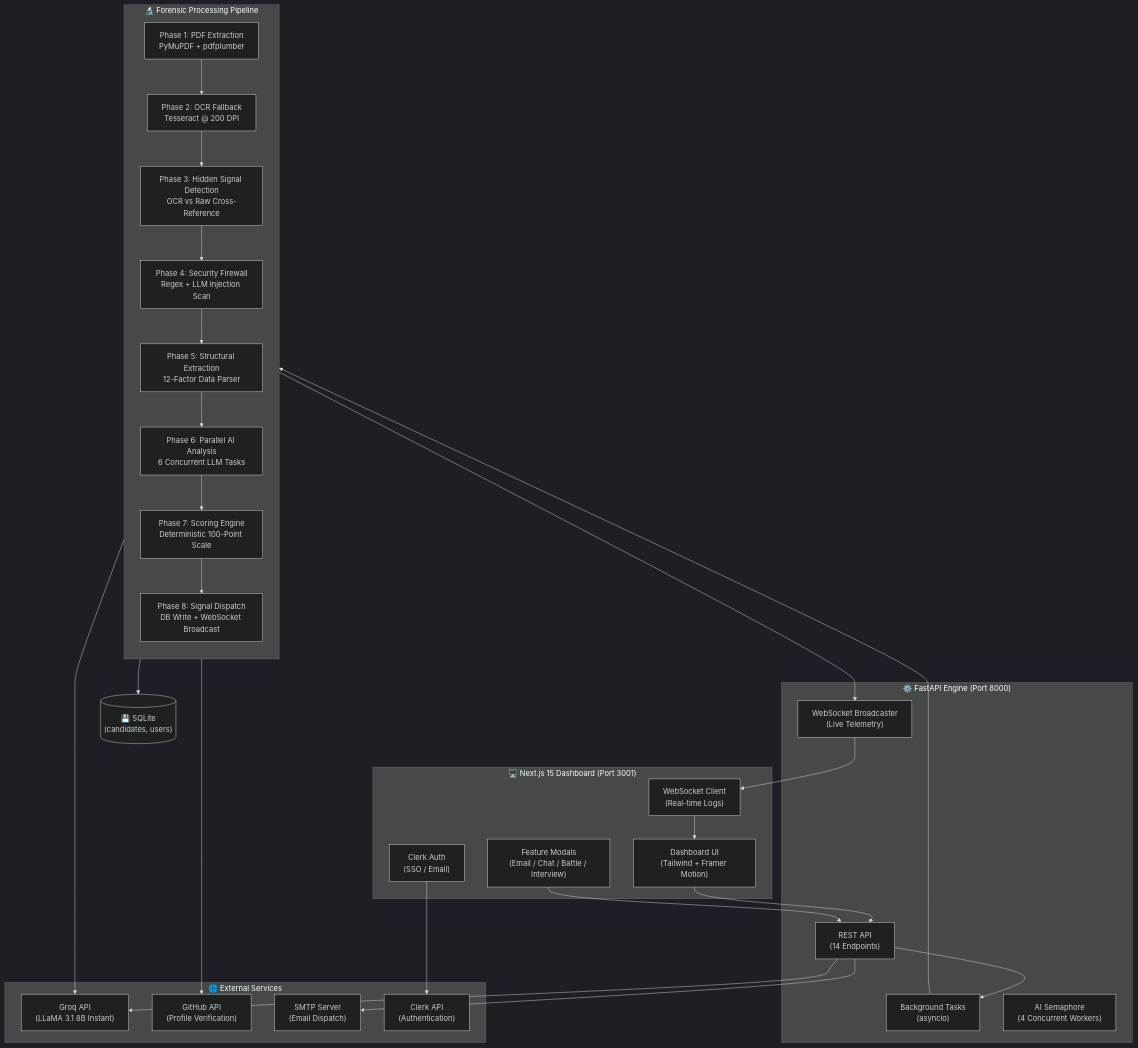
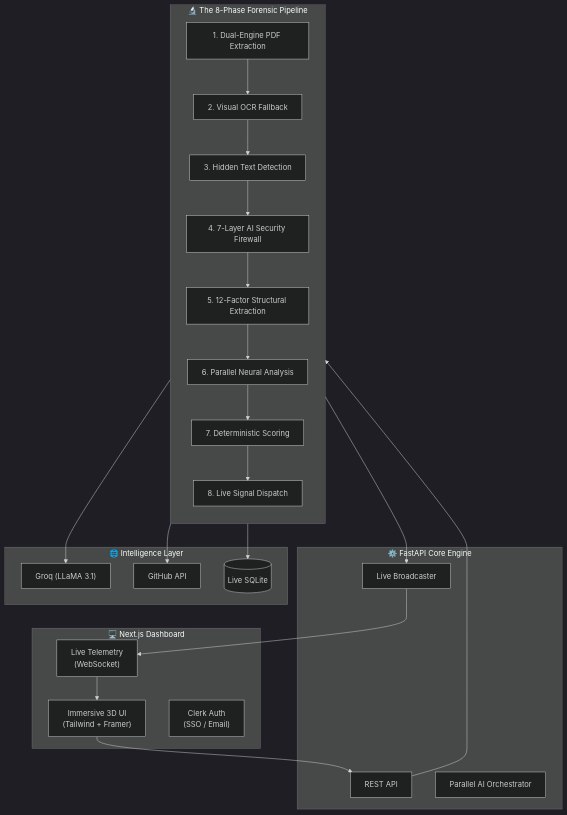
The diagram in README.md (shashank-tomar0/RankSense-AI), drawn with Mermaid (dark theme) before and after one commit. The commit also changed other lines of this file and 7 other files, not shown here.

````diff
--- a/README.md
+++ b/README.md
@@ -20,58 +20,48 @@
 ```mermaid
 graph TD
-    subgraph FRONTEND ["🖥️ Next.js 15 Dashboard (Port 3001)"]
-        UI["Dashboard UI<br/>(Tailwind + Framer Motion)"]
+    subgraph FRONTEND ["🖥️ Next.js Dashboard"]
+        UI["Immersive 3D UI<br/>(Tailwind + Framer)"]
         AUTH["Clerk Auth<br/>(SSO / Email)"]
-        WS_CLIENT["WebSocket Client<br/>(Real-time Logs)"]
-        MODALS["Feature Modals<br/>(Email / Chat / Battle / Interview)"]
+        WS_CLIENT["Live Telemetry<br/>(WebSocket)"]
     end
 
-    subgraph BACKEND ["⚙️ FastAPI Engine (Port 8000)"]
-        API["REST API<br/>(14 Endpoints)"]
-        BG["Background Tasks<br/>(asyncio)"]
-        WSB["WebSocket Broadcaster<br/>(Live Telemetry)"]
-        SEM["AI Semaphore<br/>(4 Concurrent Workers)"]
+    subgraph BACKEND ["⚙️ FastAPI Core Engine"]
+        API["REST API"]
+        WSB["Live Broadcaster"]
+        SEM["Parallel AI Orchestrator"]
     end
 
-    subgraph PIPELINE ["🔬 Forensic Processing Pipeline"]
+    subgraph PIPELINE ["🔬 The 8-Phase Forensic Pipeline"]
         direction TB
-        P1["Phase 1: PDF Extraction<br/>PyMuPDF + pdfplumber"]
-        P2["Phase 2: OCR Fallback<br/>Tesseract @ 200 DPI"]
-        P3["Phase 3: Hidden Signal Detection<br/>OCR vs Raw Cross-Reference"]
-        P4["Phase 4: Security Firewall<br/>Regex + LLM Injection Scan"]
-        P5["Phase 5: Structural Extraction<br/>12-Factor Data Parser"]
-        P6["Phase 6: Parallel AI Analysis<br/>6 Concurrent LLM Tasks"]
-        P7["Phase 7: Scoring Engine<br/>Deterministic 100-Point Scale"]
-        P8["Phase 8: Signal Dispatch<br/>DB Write + WebSocket Broadcast"]
+        P1["1. Dual-Engine PDF Extraction"]
+        P2["2. Visual OCR Fallback"]
+        P3["3. Hidden Text Detection"]
+        P4["4. 7-Layer AI Security Firewall"]
+        P5["5. 12-Factor Structural Extraction"]
+        P6["6. Parallel Neural Analysis"]
+        P7["7. Deterministic Scoring"]
+        P8["8. Live Signal Dispatch"]
     end
 
-    subgraph EXTERNAL ["🌐 External Services"]
-        GROQ["Groq API<br/>(LLaMA 3.1 8B Instant)"]
-        GITHUB["GitHub API<br/>(Profile Verification)"]
-        SMTP_EXT["SMTP Server<br/>(Email Dispatch)"]
-        CLERK_EXT["Clerk API<br/>(Authentication)"]
+    subgraph SERVICES ["🌐 Intelligence Layer"]
+        GROQ["Groq (LLaMA 3.1)"]
+        GITHUB["GitHub API"]
+        DB[("Live SQLite")]
     end
 
-    DB[("💾 SQLite<br/>(candidates, users)")]
-
     UI --> API
-    AUTH --> CLERK_EXT
-    API --> BG
-    BG --> P1
+    API --> PIPELINE
     P1 --> P2
     P2 --> P3
     P3 --> P4
     P4 --> P5
     P5 --> P6
     P6 --> GROQ
     P6 --> GITHUB
     P6 --> P7
     P7 --> P8
     P8 --> DB
     P8 --> WSB
     WSB --> WS_CLIENT
     WS_CLIENT --> UI
-    MODALS --> API
-    API --> GROQ
-    API --> SMTP_EXT
 ```
````
